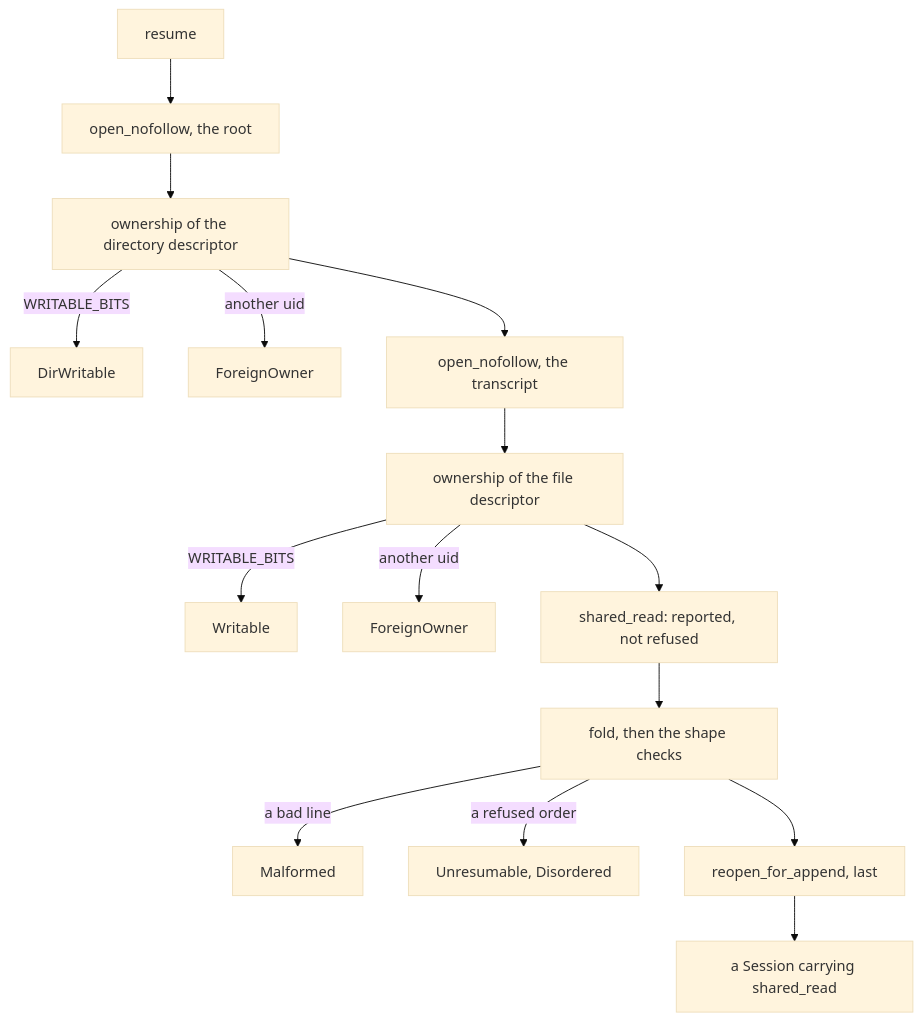
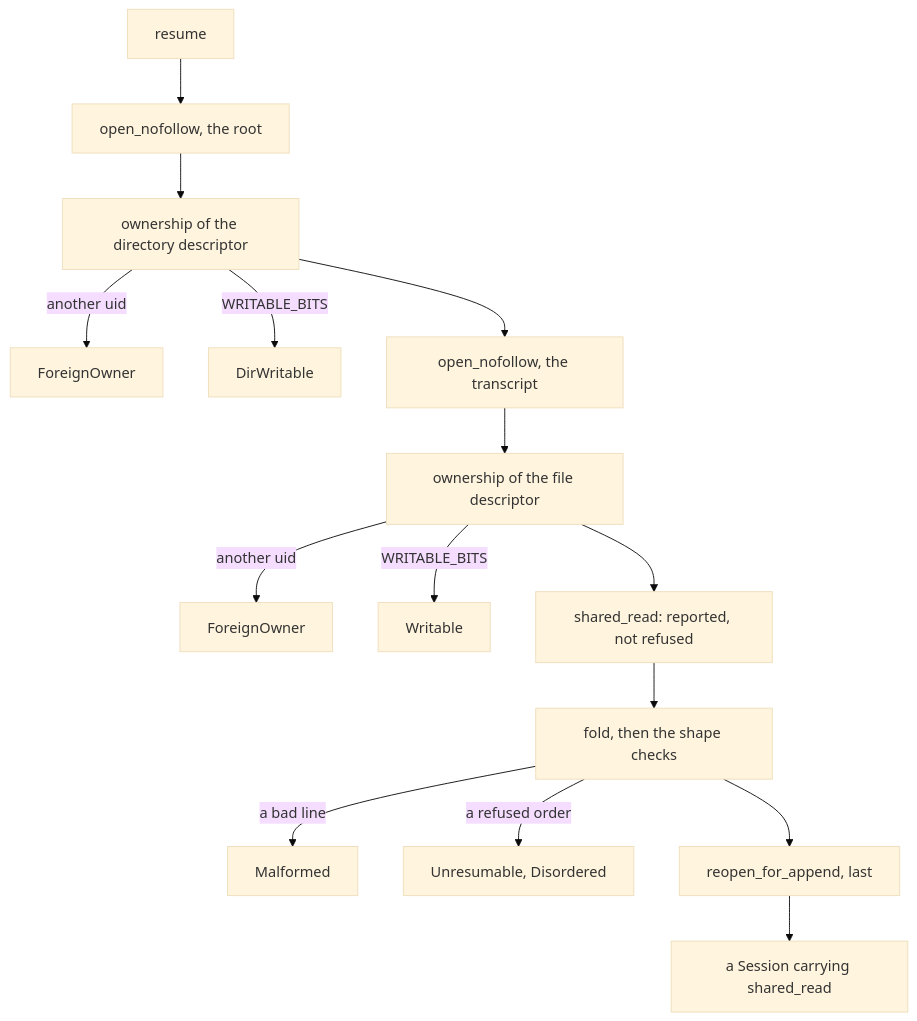
One commit to danczw/sandbx changed the second of 2 diagrams in context/onboarding/22-crate-session.md. Above: the diagram before and after it, drawn with Mermaid (base theme). The commit also changed other lines of this file and 2 other files, not shown here.

First line of the commit message:
refactor(session): ownership refuses a foreign owner itself

````diff
--- a/context/onboarding/22-crate-session.md
+++ b/context/onboarding/22-crate-session.md
@@ -215,17 +216,17 @@
 ```mermaid
 flowchart TD
     A["resume"] --> B["open_nofollow, the root"]
     B --> C["ownership of the directory descriptor"]
+    C -->|"another uid"| E["ForeignOwner"]
     C -->|"WRITABLE_BITS"| D["DirWritable"]
-    C -->|"another uid"| E["ForeignOwner"]
     C --> F["open_nofollow, the transcript"]
     F --> G["ownership of the file descriptor"]
+    G -->|"another uid"| I["ForeignOwner"]
     G -->|"WRITABLE_BITS"| H["Writable"]
-    G -->|"another uid"| I["ForeignOwner"]
     G --> J["shared_read: reported, not refused"]
     J --> K["fold, then the shape checks"]
     K -->|"a bad line"| L["Malformed"]
     K -->|"a refused order"| O["Unresumable, Disordered"]
     K --> M["reopen_for_append, last"]
     M --> N["a Session carrying shared_read"]
 ```
````
